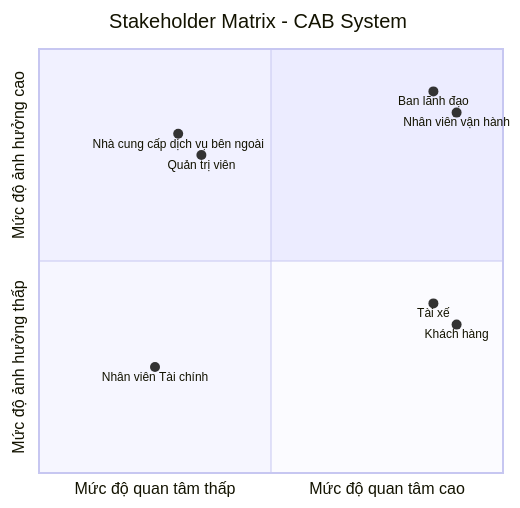
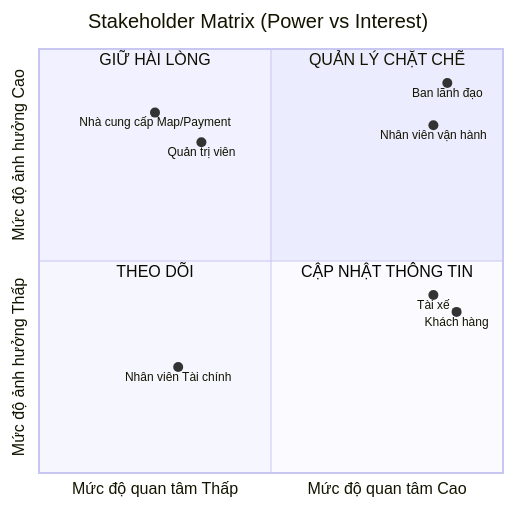
Before and after one commit to vothimyxuyen/23630811_VOTHIMYXUYEN_CABSYSTEM: the first of 5 diagrams in README.md, drawn with Mermaid. The commit also changed other lines of this file, not shown here.

````diff
--- a/README.md
+++ b/README.md
@@ -71,17 +70,18 @@
 ```mermaid
 quadrantChart
-    title Stakeholder Matrix - CAB System
-    x-axis "Mức độ quan tâm thấp" --> "Mức độ quan tâm cao"
-    y-axis "Mức độ ảnh hưởng thấp" --> "Mức độ ảnh hưởng cao"
+    title Stakeholder Matrix (Power vs Interest)
+    x-axis "Mức độ quan tâm Thấp" --> "Mức độ quan tâm Cao"
+    y-axis "Mức độ ảnh hưởng Thấp" --> "Mức độ ảnh hưởng Cao"
+    quadrant-1 "QUẢN LÝ CHẶT CHẼ"
+    quadrant-2 "GIỮ HÀI LÒNG"
+    quadrant-3 "THEO DÕI"
+    quadrant-4 "CẬP NHẬT THÔNG TIN"
 
-    "Ban lãnh đạo": [0.85, 0.90]
-    "Nhân viên vận hành": [0.90, 0.85]
-
-    "Nhà cung cấp dịch vụ bên ngoài": [0.30, 0.80]
-    "Quản trị viên": [0.35, 0.75]
-
-    "Khách hàng": [0.90, 0.35]
-    "Tài xế": [0.85, 0.40]
-
-    "Nhân viên Tài chính": [0.25, 0.25]
+    "Ban lãnh đạo": [0.88, 0.92]
+    "Nhân viên vận hành": [0.85, 0.82]
+    "Nhà cung cấp Map/Payment": [0.25, 0.85]
+    "Quản trị viên": [0.35, 0.78]
+    "Khách hàng": [0.90, 0.38]
+    "Tài xế": [0.85, 0.42]
+    "Nhân viên Tài chính": [0.30, 0.25]
 ```
````
